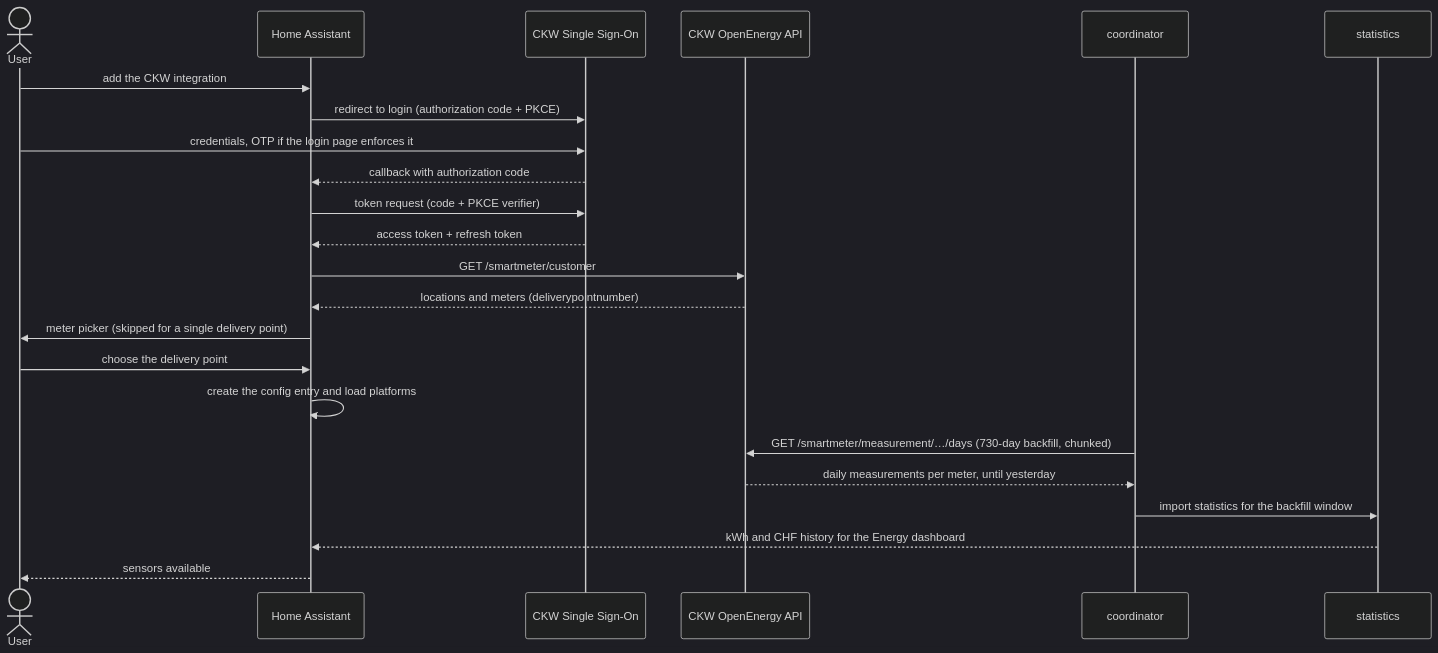
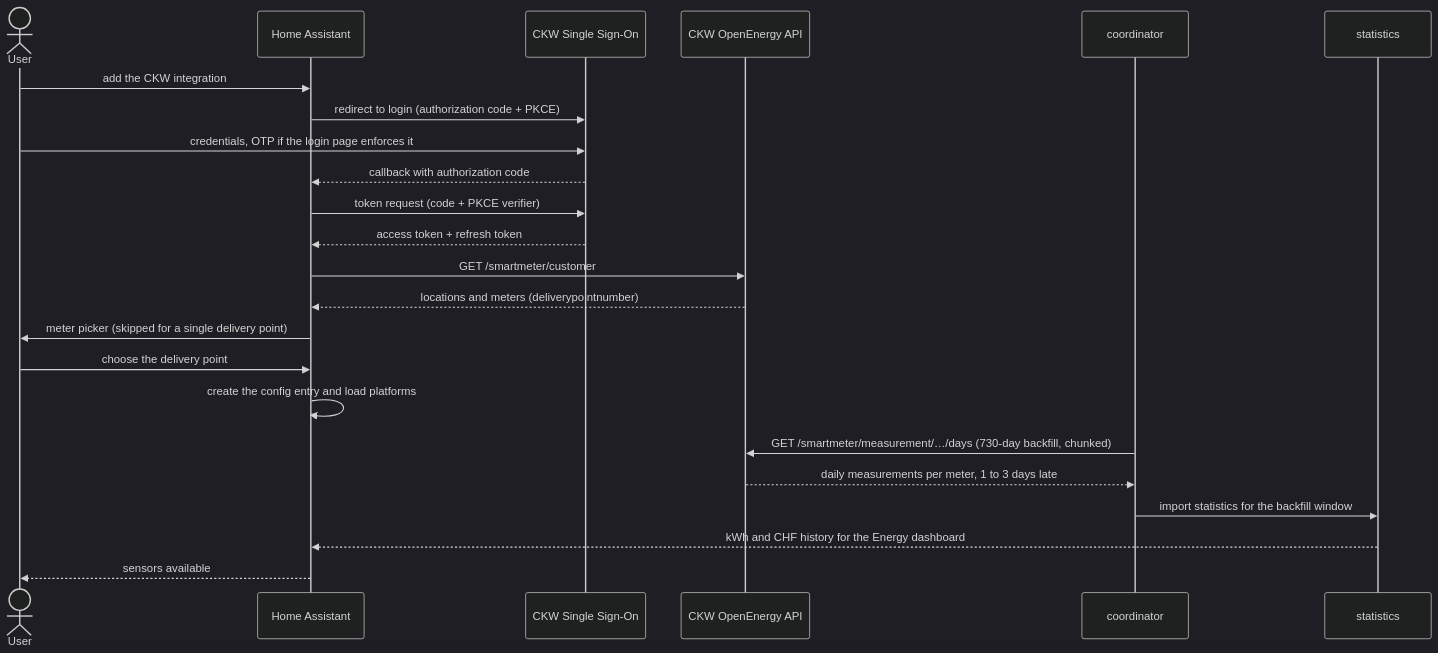
Before and after one commit to Maladus/ha-ckw-smartmeter: the second of 2 diagrams in docs/explanation/architecture.md, drawn with Mermaid (dark theme). The commit also changed other lines of this file and 8 other files, not shown here.

````diff
--- a/docs/explanation/architecture.md
+++ b/docs/explanation/architecture.md
@@ -67,25 +67,25 @@
 ```mermaid
 sequenceDiagram
     actor U as User
     participant HA as Home Assistant
     participant SSO as CKW Single Sign-On
     participant API as CKW OpenEnergy API
     participant CO as coordinator
     participant ST as statistics
     U->>HA: add the CKW integration
     HA->>SSO: redirect to login (authorization code + PKCE)
     U->>SSO: credentials, OTP if the login page enforces it
     SSO-->>HA: callback with authorization code
     HA->>SSO: token request (code + PKCE verifier)
     SSO-->>HA: access token + refresh token
     HA->>API: GET /smartmeter/customer
     API-->>HA: locations and meters (deliverypointnumber)
     HA->>U: meter picker (skipped for a single delivery point)
     U->>HA: choose the delivery point
     HA->>HA: create the config entry and load platforms
     CO->>API: GET /smartmeter/measurement/…/days (730-day backfill, chunked)
-    API-->>CO: daily measurements per meter, until yesterday
+    API-->>CO: daily measurements per meter, 1 to 3 days late
     CO->>ST: import statistics for the backfill window
     ST-->>HA: kWh and CHF history for the Energy dashboard
     HA-->>U: sensors available
 ```
````
